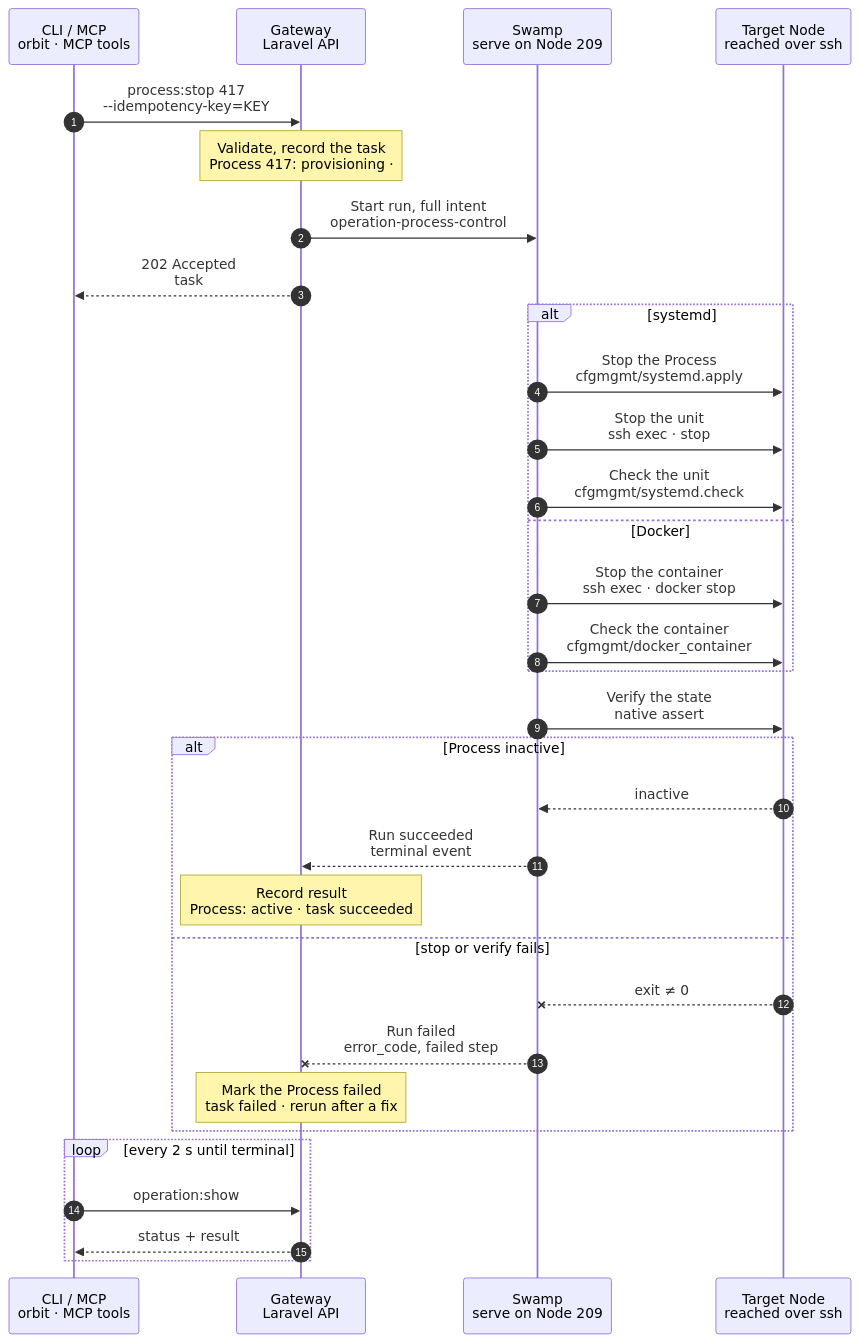
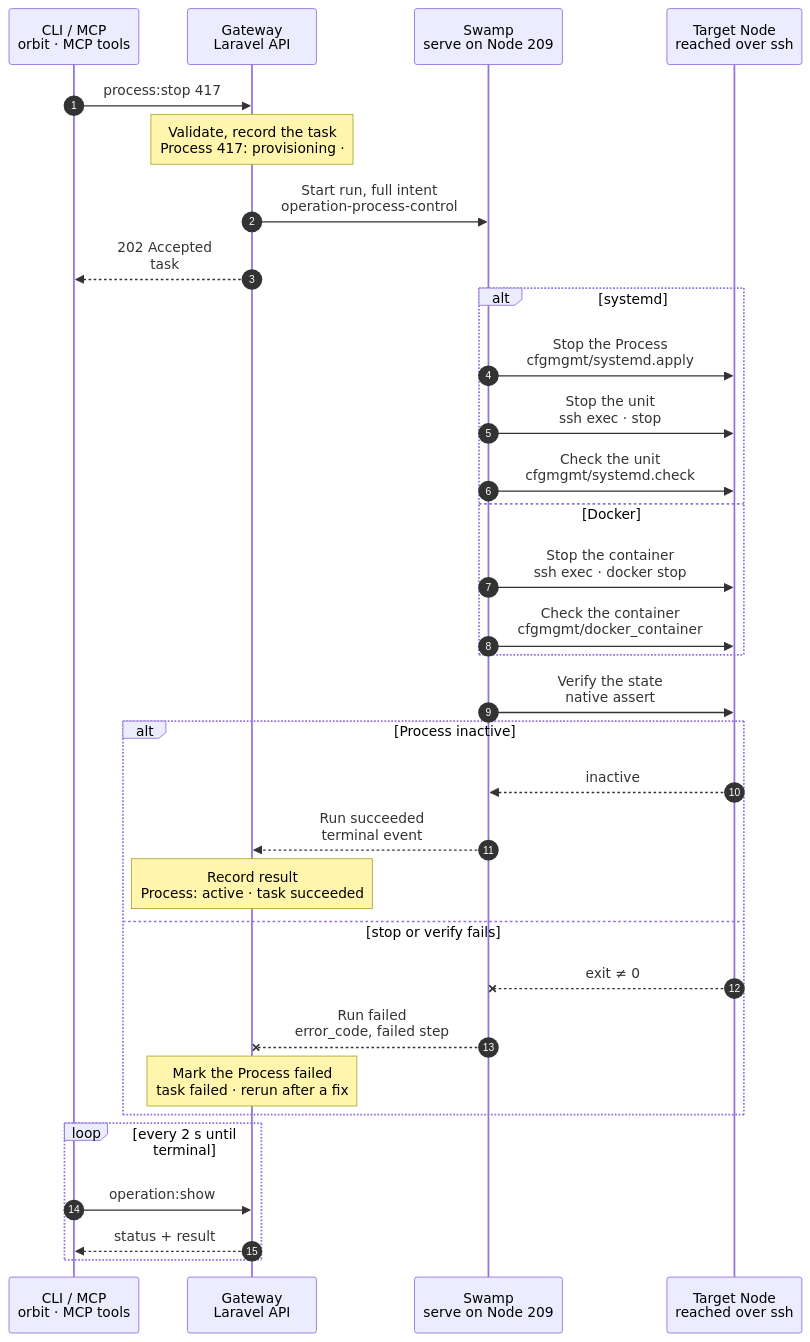
One commit to hardimpactdev/orbit changed the diagram in docs/cli/process/stop.mmd. Above: the diagram before and after it, drawn with Mermaid. The commit also changed 5 other files, not shown here.

First line of the commit message:
docs(cli): draw process charts with a required-only main path

```diff
--- a/docs/cli/process/stop.mmd
+++ b/docs/cli/process/stop.mmd
@@ -1,91 +1,94 @@
 sequenceDiagram
   %% Target design: ADR 0244 task, DECISIONS 4 + R1-R4 (process.stop shape: 209, @swamp/ssh, full intent as inputs).
   %% Tightened: flow-tighten 2026-11-02, rules 1-22 (one cfgmgmt systemd apply, its check as the end check, no shipped scripts; rule 21: only this command's branches).
+  %% Rule 23: 2026-11-03 required-only main path.
   %% status: migrated
   %% command: process:stop
   %% kind: process.stop
   autonumber
   %% lane CLI icon=terminal pill=caller tone=gray
   %% lane GW icon=gateway pill=intent tone=blue
   %% lane SW icon=workflow pill=executes tone=green
   %% lane N icon=server pill=target tone=amber
   participant CLI as CLI / MCP<br/>orbit · MCP tools
   participant GW as Gateway<br/>Laravel API
   participant SW as Swamp<br/>serve on Node 209
   participant N as Target Node<br/>reached over ssh
-  CLI->>GW: process:stop 417<br/>--idempotency-key=KEY
+  CLI->>GW: process:stop 417
   %%> Command:
   %%> - `orbit process:stop 417`
   %%> - syntax: `process:stop <process> [--idempotency-key=KEY] [--json]`
   %%> Input:
   %%> - the numeric Process ID from `process:list`
+  %%> Optional:
+  %%> - `--idempotency-key` reuses a task start; `--json` returns JSON; neither adds a step
   %%> Who can call it:
   %%> - the `orbit` CLI and the MCP tool send the same request
   Note over GW: Validate, record the task<br/>Process 417: provisioning · #5130
   %%> Requirements:
   %%> - your Node has an access grant to the Node that runs Process 417
   %%> - Process 417 exists and is not being removed
   %%> - a production Process's release is checked against the recorded releases, not on the Node
   %%> Result:
   %%> - task #5130 recorded with the full intent: unit or container name, runtime, on-demand flag, Vite plan
   %%> - Process 417 marked provisioning; its desired state does not change yet
   %%> - nothing has happened on the Node yet
   GW->>SW: Start run, full intent<br/>operation-process-control
   %%> What it does:
   %%> - starts one Swamp run on serve (Node 209); every step runs there
   %%> Inputs:
   %%> - `kind`: process.stop
   %%> - the Process unit or container name, runtime and on-demand flag
   %%> - the Node's address and SSH host keys; the SSH identity comes from the `swamp` role
   %%> Checked by the input schema:
   %%> - no step reads or re-checks the intent
   GW-->>CLI: 202 Accepted<br/>task #5130
   %%> What you get:
   %%> - the task number, at once
   %%> Next:
   %%> - the CLI follows the task with `operation:show`
   alt systemd
     SW->>N: Stop the Process<br/>cfgmgmt/systemd.apply
     SW->>N: Stop the unit<br/>ssh exec · stop
     %%> Also cancels an activating unit, which pinned apply does not stop.
     SW->>N: Check the unit<br/>cfgmgmt/systemd.check
   else Docker
     SW->>N: Stop the container<br/>ssh exec · docker stop
     SW->>N: Check the container<br/>cfgmgmt/docker_container
   end
   SW->>N: Verify the state<br/>native assert
   %%> The pinned checks report compliance; native assert fails the run on drift.
   alt Process inactive
     N-->>SW: inactive
     %%> Returns:
     %%> - the Process is inactive
     SW-->>GW: Run succeeded<br/>terminal event
     %%> How the Gateway learns it:
     %%> - its shared run reader sees the terminal event and reads the end check's output; Swamp never calls the Gateway
     Note over GW: Record result<br/>Process: active · task succeeded
     %%> Result:
     %%> - Process 417 desired state becomes stopped; its status becomes active
     %%> - task #5130 succeeds with the observed state
   else stop or verify fails
     N--xSW: exit ≠ 0
     %%> When:
     %%> - SSH fails, the unit is missing, or the state does not match
     %%> How:
     %%> - the failing step ends the run with its own exit code; there is no report step
     SW--xGW: Run failed<br/>error_code, failed step
     %%> The Gateway reads:
     %%> - which step failed and its exit code, mapped to `error_code`
     Note over GW: Mark the Process failed<br/>task failed · rerun after a fix
     %%> Result:
     %%> - Process 417 is marked failed with the error code; its desired state does not change
     %%> - task #5130 fails
     %%> - there is no rollback and nothing to clean up; run the same command again after fixing the cause
   end
   loop every 2 s until terminal
     CLI->>GW: operation:show #5130
     %%> What it does:
     %%> - asks for the task status every 2 seconds until it has ended
     GW-->>CLI: status + result
     %%> Returns:
     %%> - the current status, and the result once the task has ended
   end
```
